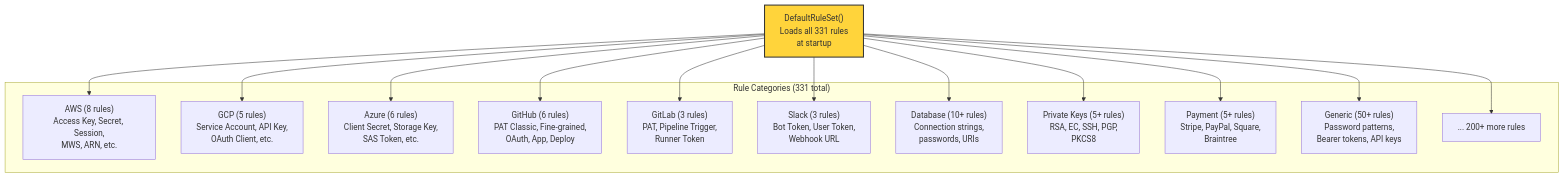
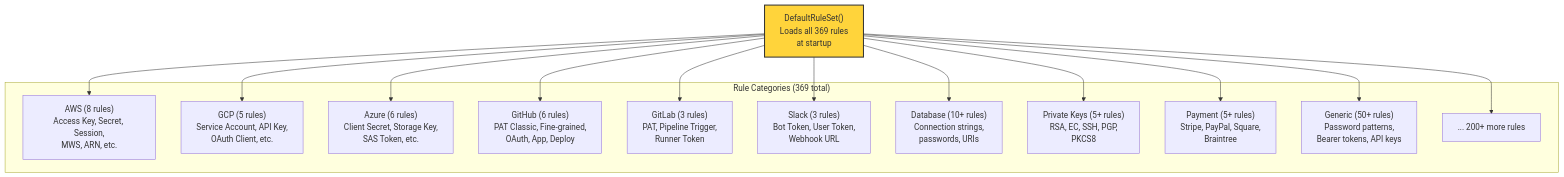
One commit to svemulapati/CredVigil changed diagram 11 of 60 in docs/training/00-System-Design.md. Above: the diagram before and after it, drawn with Mermaid. The commit also changed other lines of this file and 20 other files, not shown here.

````diff
--- a/docs/training/00-System-Design.md
+++ b/docs/training/00-System-Design.md
@@ -676,20 +676,20 @@
 ```mermaid
 graph TD
-    subgraph "Rule Categories (331 total)"
+    subgraph "Rule Categories (369 total)"
         AWS["AWS (8 rules)<br/>Access Key, Secret, Session,<br/>MWS, ARN, etc."]
         GCP["GCP (5 rules)<br/>Service Account, API Key,<br/>OAuth Client, etc."]
         AZURE["Azure (6 rules)<br/>Client Secret, Storage Key,<br/>SAS Token, etc."]
         GITHUB["GitHub (6 rules)<br/>PAT Classic, Fine-grained,<br/>OAuth, App, Deploy"]
         GITLAB["GitLab (3 rules)<br/>PAT, Pipeline Trigger,<br/>Runner Token"]
         SLACK["Slack (3 rules)<br/>Bot Token, User Token,<br/>Webhook URL"]
         DB["Database (10+ rules)<br/>Connection strings,<br/>passwords, URIs"]
         KEYS["Private Keys (5+ rules)<br/>RSA, EC, SSH, PGP,<br/>PKCS8"]
         PAYMENT["Payment (5+ rules)<br/>Stripe, PayPal, Square,<br/>Braintree"]
         GENERIC["Generic (50+ rules)<br/>Password patterns,<br/>Bearer tokens, API keys"]
         MORE["... 200+ more rules"]
     end
 
-    ALL["DefaultRuleSet()<br/>Loads all 331 rules<br/>at startup"] --> AWS & GCP & AZURE & GITHUB & GITLAB & SLACK & DB & KEYS & PAYMENT & GENERIC & MORE
+    ALL["DefaultRuleSet()<br/>Loads all 369 rules<br/>at startup"] --> AWS & GCP & AZURE & GITHUB & GITLAB & SLACK & DB & KEYS & PAYMENT & GENERIC & MORE
 
     style ALL fill:#ffd43b,stroke:#333,stroke-width:2px
 ```
````
